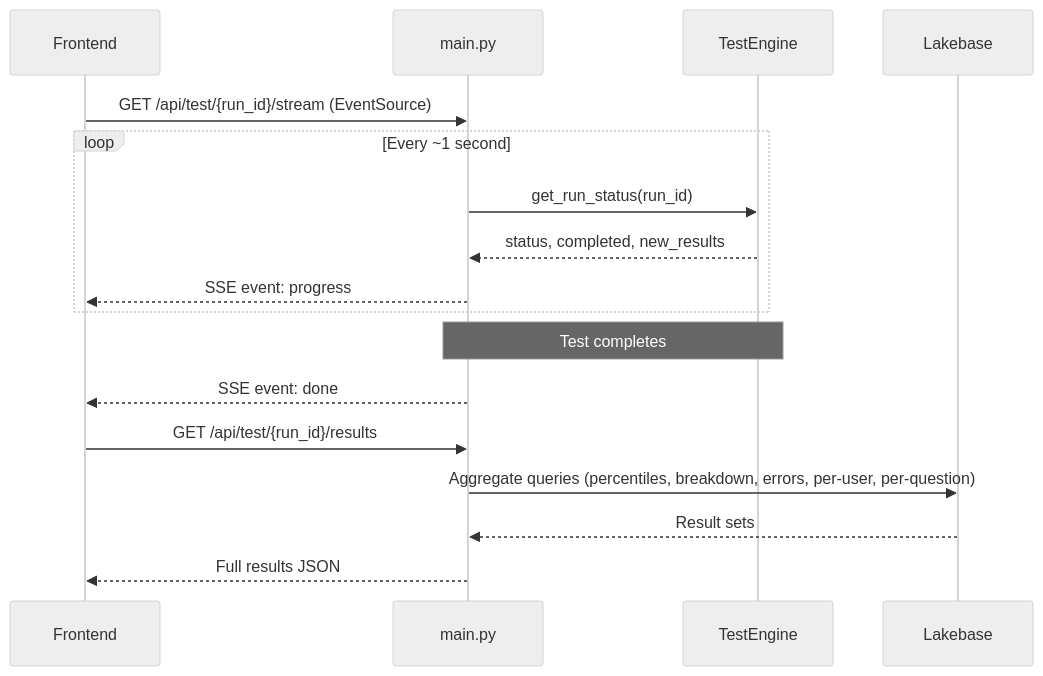
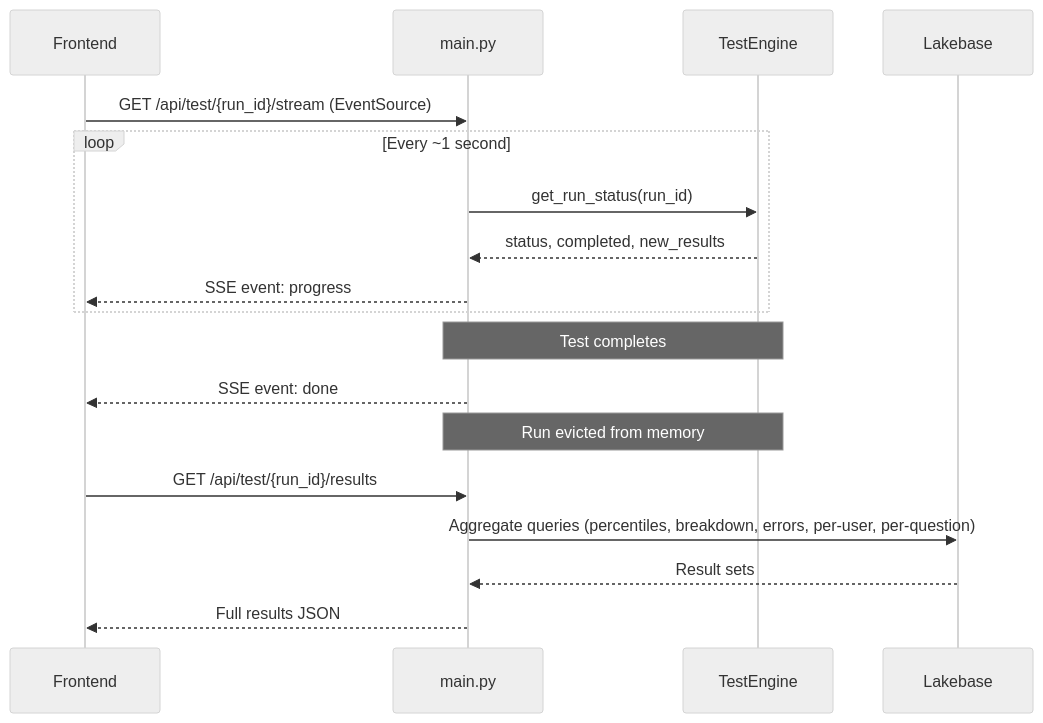
Before and after one commit to RohitDashora/genie-loadtest: the fifth of 6 diagrams in docs/architecture.md, drawn with Mermaid (neutral theme). The commit also changed other lines of this file and 22 other files, not shown here.

````diff
--- a/docs/architecture.md
+++ b/docs/architecture.md
@@ -259,20 +273,21 @@
 ```mermaid
 sequenceDiagram
     participant Frontend
     participant API as main.py
     participant Engine as TestEngine
     participant DB as Lakebase
 
     Frontend->>API: GET /api/test/{run_id}/stream (EventSource)
     loop Every ~1 second
         API->>Engine: get_run_status(run_id)
         Engine-->>API: status, completed, new_results
         API-->>Frontend: SSE event: progress
     end
     Note over API,Engine: Test completes
     API-->>Frontend: SSE event: done
+    Note over API,Engine: Run evicted from memory
     Frontend->>API: GET /api/test/{run_id}/results
     API->>DB: Aggregate queries (percentiles, breakdown, errors, per-user, per-question)
     DB-->>API: Result sets
     API-->>Frontend: Full results JSON
 ```
````
